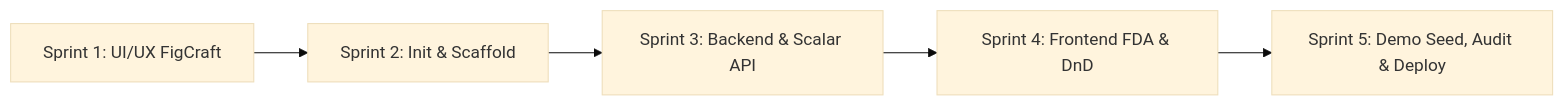
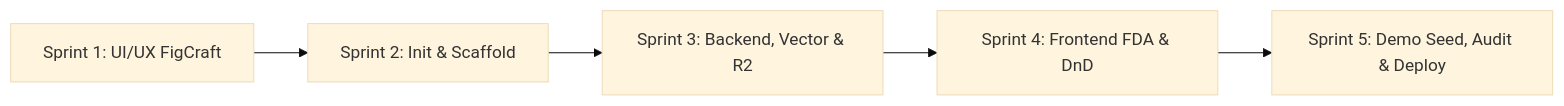
Before and after one commit to ilsetiawan1/next-role: the diagram in docs/ROADMAP.md, drawn with Mermaid (base theme). The commit also changed other lines of this file and 6 other files, not shown here.

````diff
--- a/docs/ROADMAP.md
+++ b/docs/ROADMAP.md
@@ -17,7 +17,7 @@
 ```mermaid
 flowchart LR
     S1["Sprint 1: UI/UX FigCraft"] --> S2["Sprint 2: Init & Scaffold"]
-    S2 --> S3["Sprint 3: Backend & Scalar API"]
+    S2 --> S3["Sprint 3: Backend, Vector & R2"]
     S3 --> S4["Sprint 4: Frontend FDA & DnD"]
     S4 --> S5["Sprint 5: Demo Seed, Audit & Deploy"]
 ```
````
